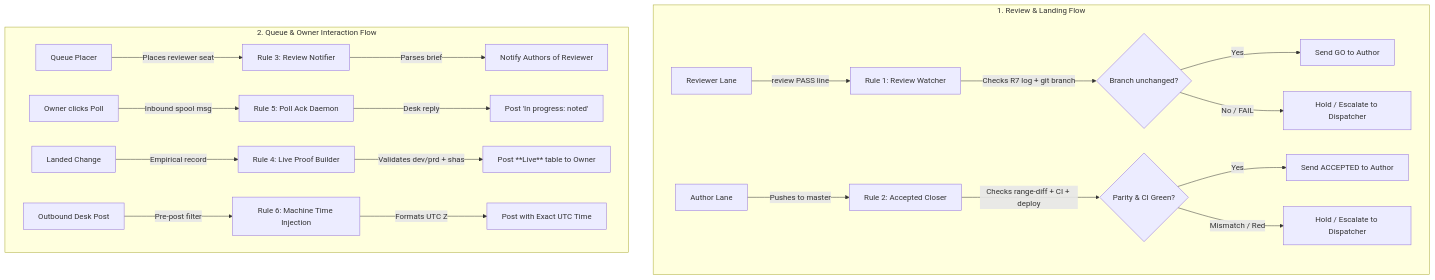
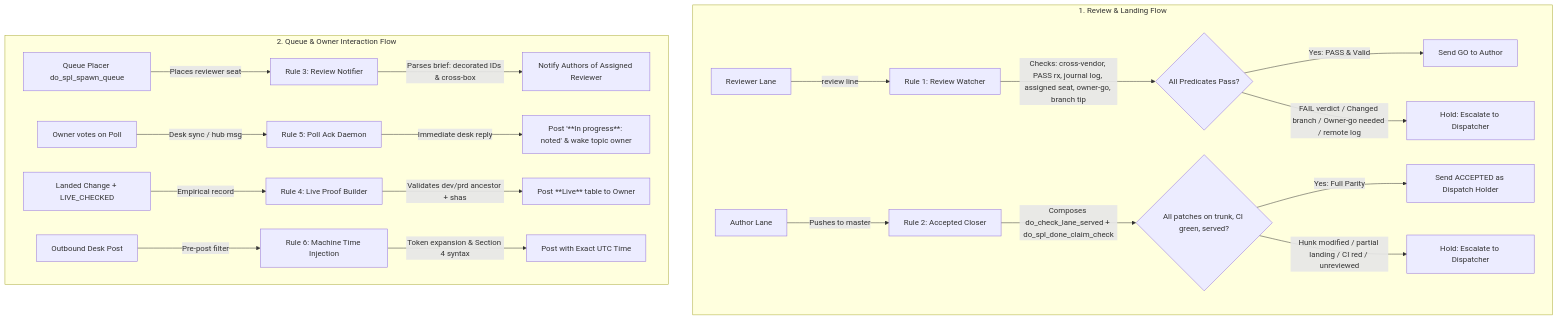
The first of 6 diagrams in csi-spl-doc/specs/157-dispatch-automation/spec.md (csitea/csi-spl), drawn with Mermaid before and after one commit. The commit also changed other lines of this file, not shown here.

````diff
--- a/csi-spl-doc/specs/157-dispatch-automation/spec.md
+++ b/csi-spl-doc/specs/157-dispatch-automation/spec.md
@@ -57,28 +57,28 @@
 ```mermaid
 flowchart TD
     subgraph ReviewAndLanding["1. Review & Landing Flow"]
-        Rev[Reviewer Lane] -->|review PASS line| R1[Rule 1: Review Watcher]
-        R1 -->|Checks R7 log + git branch| R1Check{Branch unchanged?}
-        R1Check -->|Yes| GoMsg[Send GO to Author]
-        R1Check -->|No / FAIL| Esc1[Hold / Escalate to Dispatcher]
+        Rev[Reviewer Lane] -->|review line| R1[Rule 1: Review Watcher]
+        R1 -->|Checks: cross-vendor, PASS rx, journal log, assigned seat, owner-go, branch tip| R1Check{All Predicates Pass?}
+        R1Check -->|Yes: PASS & Valid| GoMsg[Send GO to Author]
+        R1Check -->|FAIL verdict / Changed branch / Owner-go needed / remote log| Esc1[Hold: Escalate to Dispatcher]
         
         Author[Author Lane] -->|Pushes to master| R2[Rule 2: Accepted Closer]
-        R2 -->|Checks range-diff + CI + deploy| R2Check{Parity & CI Green?}
-        R2Check -->|Yes| AccMsg[Send ACCEPTED to Author]
-        R2Check -->|Mismatch / Red| Esc2[Hold / Escalate to Dispatcher]
+        R2 -->|Composes do_check_lane_served + do_spl_done_claim_check| R2Check{All patches on trunk, CI green, served?}
+        R2Check -->|Yes: Full Parity| AccMsg[Send ACCEPTED as Dispatch Holder]
+        R2Check -->|Hunk modified / partial landing / CI red / unreviewed| Esc2[Hold: Escalate to Dispatcher]
     end
 
     subgraph QueueAndProof["2. Queue & Owner Interaction Flow"]
-        QP[Queue Placer] -->|Places reviewer seat| R3[Rule 3: Review Notifier]
-        R3 -->|Parses brief| AuthNotif[Notify Authors of Reviewer]
+        QP[Queue Placer do_spl_spawn_queue] -->|Places reviewer seat| R3[Rule 3: Review Notifier]
+        R3 -->|Parses brief: decorated IDs & cross-box| AuthNotif[Notify Authors of Assigned Reviewer]
         
-        OwnerPoll[Owner clicks Poll] -->|Inbound spool msg| R5[Rule 5: Poll Ack Daemon]
-        R5 -->|Desk reply| AckPost[Post 'In progress: noted']
+        OwnerPoll[Owner votes on Poll] -->|Desk sync / hub msg| R5[Rule 5: Poll Ack Daemon]
+        R5 -->|Immediate desk reply| AckPost[Post '**In progress**: noted' & wake topic owner]
         
-        DeployVerif[Landed Change] -->|Empirical record| R4[Rule 4: Live Proof Builder]
-        R4 -->|Validates dev/prd + shas| LiveTable[Post **Live** table to Owner]
+        DeployVerif[Landed Change + LIVE_CHECKED] -->|Empirical record| R4[Rule 4: Live Proof Builder]
+        R4 -->|Validates dev/prd ancestor + shas| LiveTable[Post **Live** table to Owner]
         
         AnyPost[Outbound Desk Post] -->|Pre-post filter| R6[Rule 6: Machine Time Injection]
-        R6 -->|Formats UTC Z| FormattedPost[Post with Exact UTC Time]
+        R6 -->|Token expansion & Section 4 syntax| FormattedPost[Post with Exact UTC Time]
     end
 ```
````
